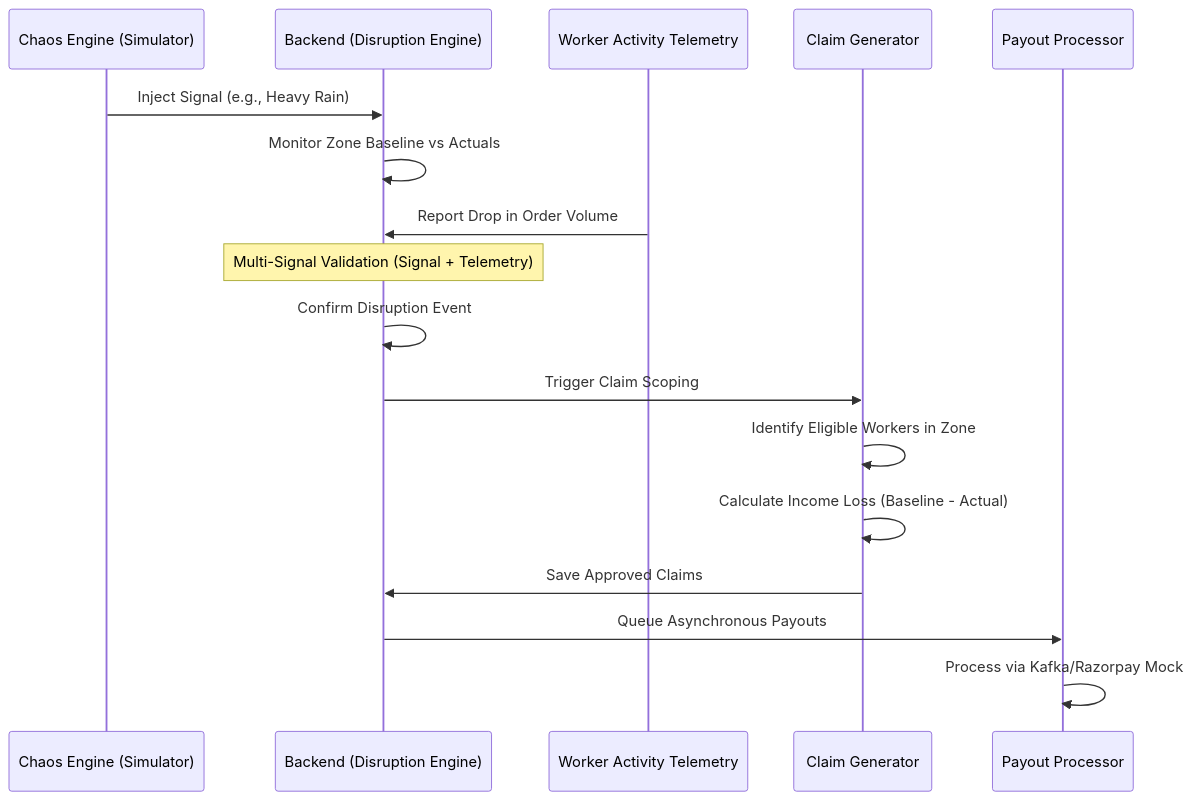
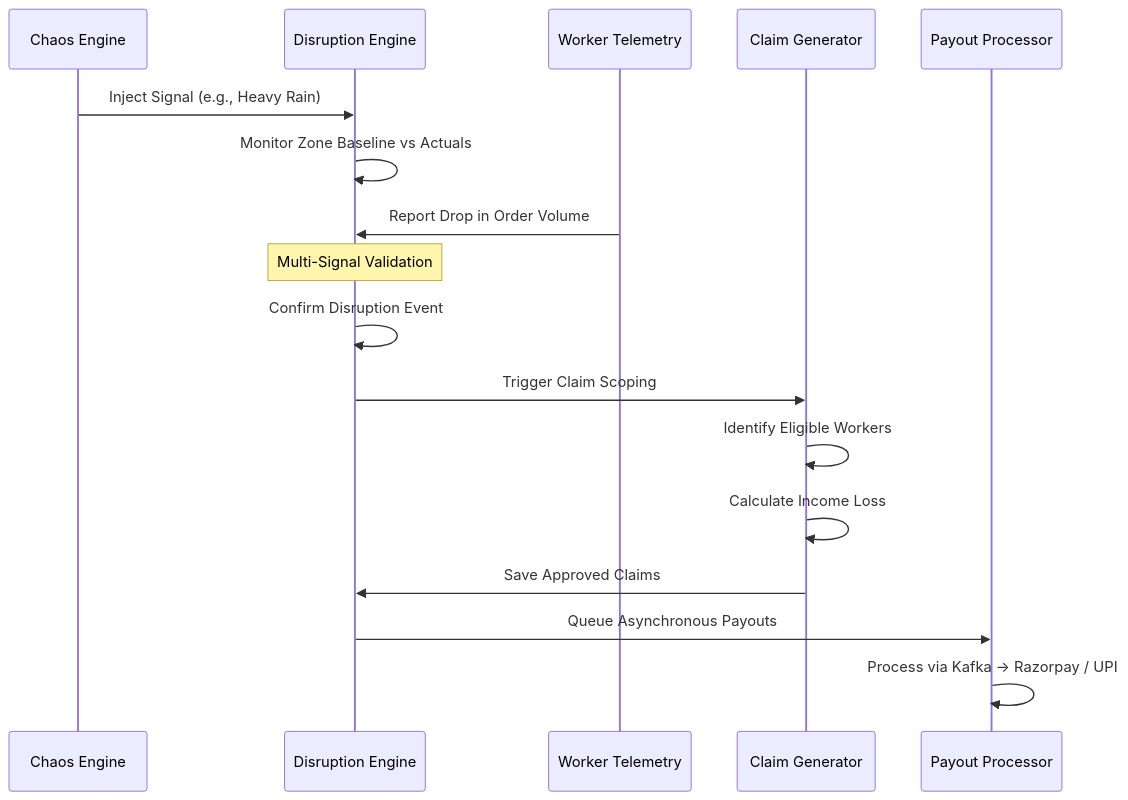
One commit to gayathriuthamaraj/InDel changed the second of 2 diagrams in README.md. Above: the diagram before and after it, drawn with Mermaid. The commit also changed other lines of this file, not shown here.

````diff
--- a/README.md
+++ b/README.md
@@ -108,20 +91,20 @@
 ```mermaid
 sequenceDiagram
-    participant C as Chaos Engine (Simulator)
-    participant B as Backend (Disruption Engine)
-    participant W as Worker Activity Telemetry
+    participant C as Chaos Engine
+    participant B as Disruption Engine
+    participant W as Worker Telemetry
     participant G as Claim Generator
     participant P as Payout Processor
 
     C->>B: Inject Signal (e.g., Heavy Rain)
     B->>B: Monitor Zone Baseline vs Actuals
     W->>B: Report Drop in Order Volume
-    Note over B: Multi-Signal Validation (Signal + Telemetry)
+    Note over B: Multi-Signal Validation
     B->>B: Confirm Disruption Event
     B->>G: Trigger Claim Scoping
-    G->>G: Identify Eligible Workers in Zone
-    G->>G: Calculate Income Loss (Baseline - Actual)
+    G->>G: Identify Eligible Workers
+    G->>G: Calculate Income Loss
     G->>B: Save Approved Claims
     B->>P: Queue Asynchronous Payouts
-    P->>P: Process via Kafka/Razorpay Mock
+    P->>P: Process via Kafka → Razorpay / UPI
 ```
````
